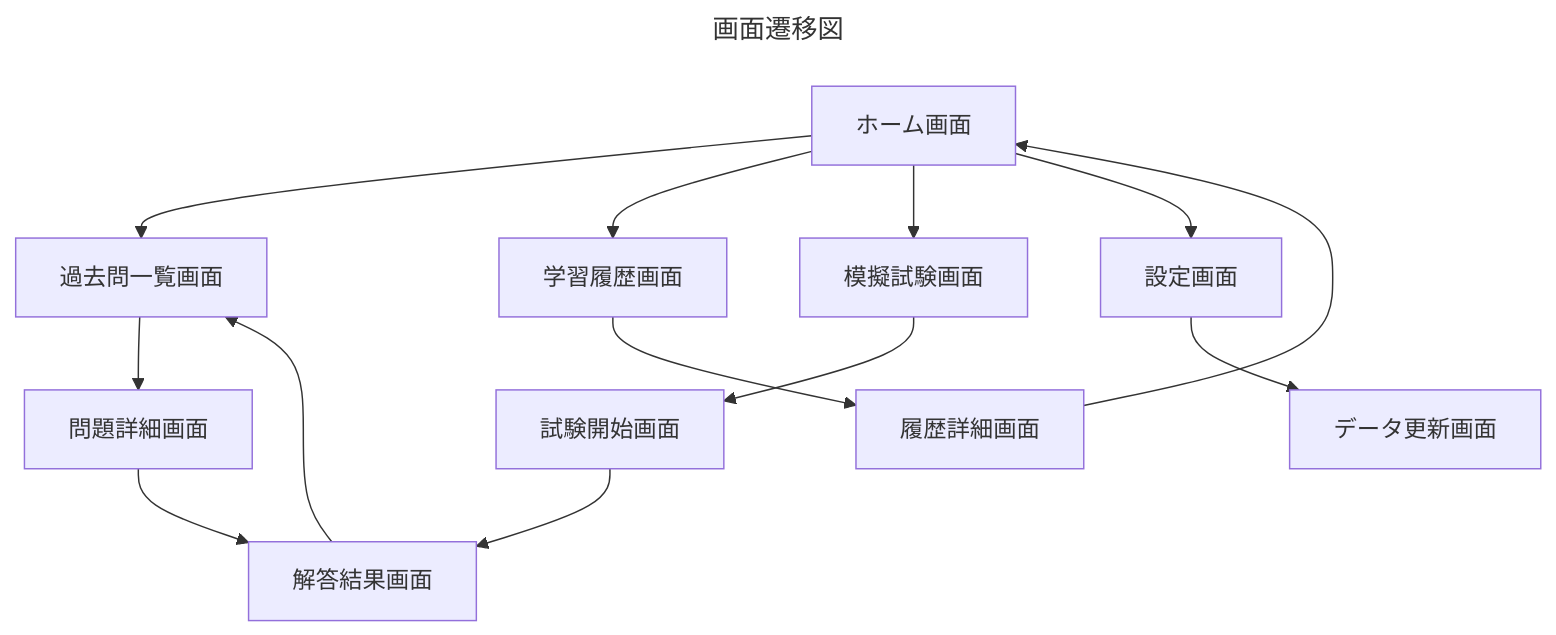
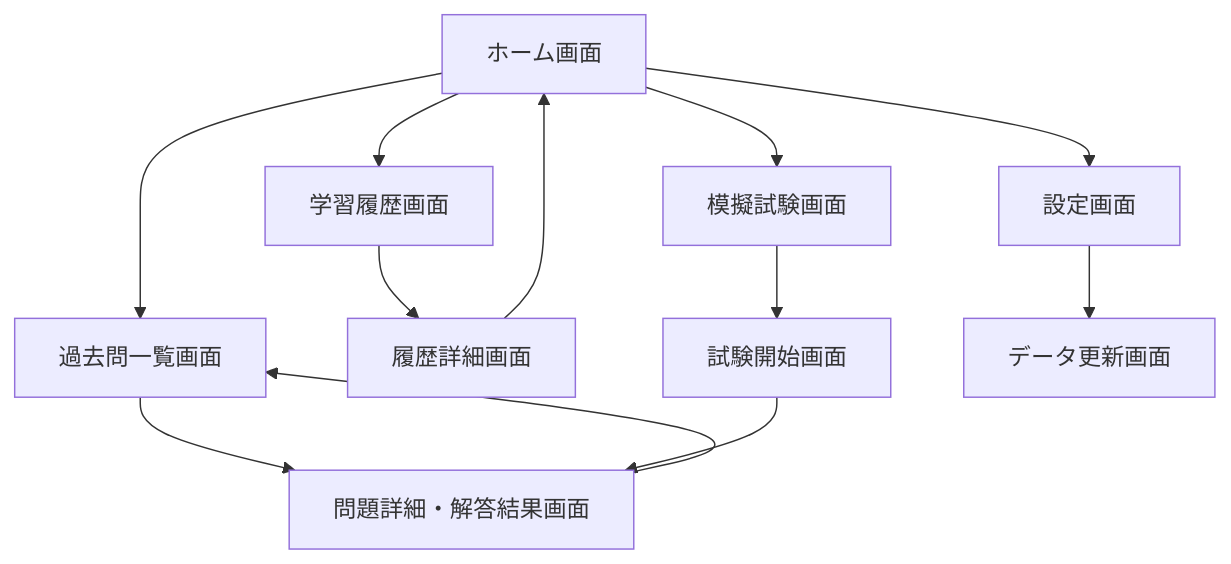
The diagram in ipa-master/document/basicDesign/画面設計書.md (n-kazuyoshi268/code_lab), drawn with Mermaid before and after one commit. The commit also changed other lines of this file and 12 other files, not shown here.

````diff
--- a/ipa-master/document/basicDesign/画面設計書.md
+++ b/ipa-master/document/basicDesign/画面設計書.md
@@ -4,22 +5,18 @@
 ```mermaid
----
-title: 画面遷移図
----
 graph TD
     A[ホーム画面] --> B[過去問一覧画面]
     A --> C[学習履歴画面]
     A --> D[模擬試験画面]
-    A --> I[設定画面]
+    A --> E[設定画面]
     
-    B --> E[問題詳細画面]
-    E --> F[解答結果画面]
+    B --> F[問題詳細・解答結果画面]
     F --> B
 
     C --> G[履歴詳細画面]
     G --> A
 
     D --> H[試験開始画面]
     H --> F
 
-    I --> K[データ更新画面]
-``` 
+    E --> I[データ更新画面]
+```
````
